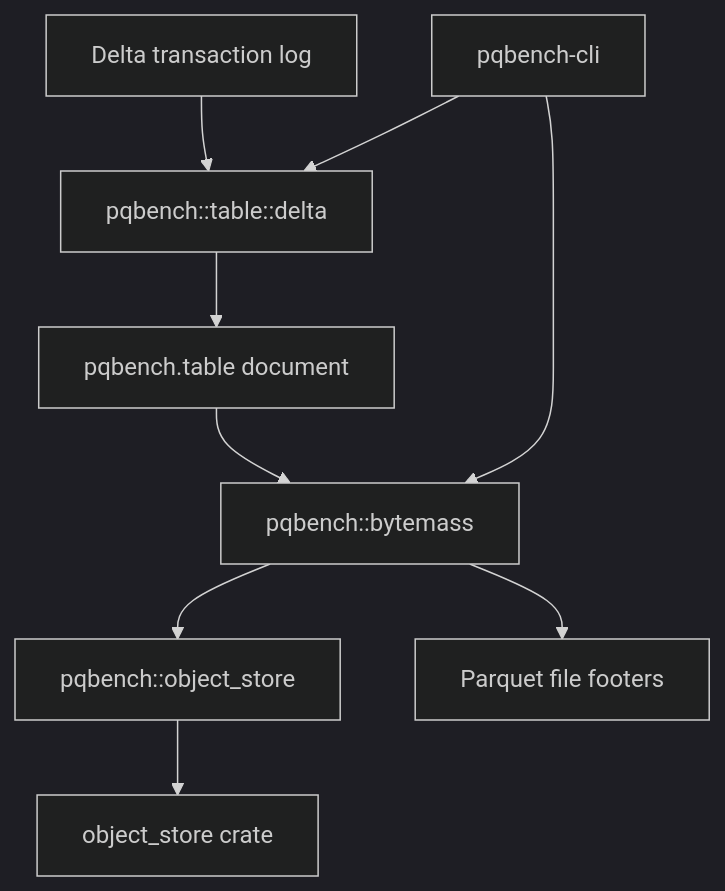
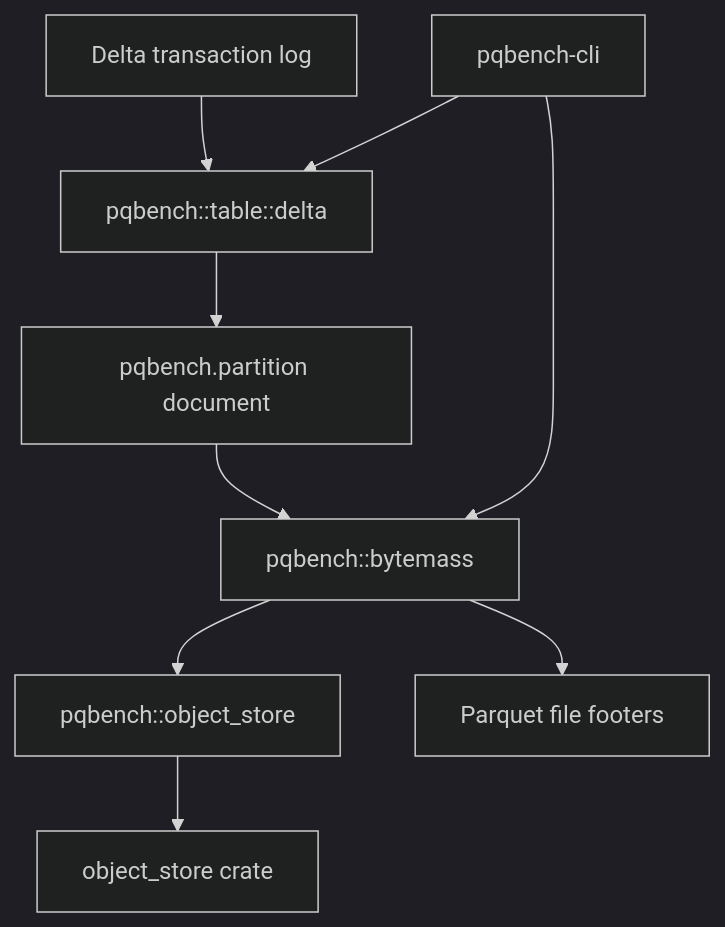
The diagram in docs/delta.md (pqbench/pqbench), drawn with Mermaid (dark theme) before and after one commit. The commit also changed other lines of this file and 108 other files, not shown here.

````diff
--- a/docs/delta.md
+++ b/docs/delta.md
@@ -9,11 +9,11 @@
 ```mermaid
 flowchart TD
     delta_log[Delta transaction log] --> delta[pqbench::table::delta]
-    delta --> document[pqbench.table document]
+    delta --> document[pqbench.partition document]
     document --> bytemass[pqbench::bytemass]
     bytemass --> isolation[pqbench::object_store]
     isolation --> object_store[object_store crate]
     bytemass --> parquet[Parquet file footers]
     pqbench_cli[pqbench-cli] --> delta
     pqbench_cli --> bytemass
 ```
````
